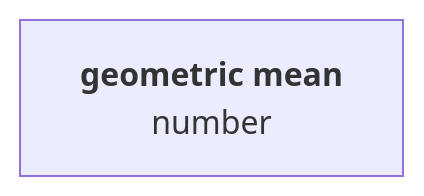
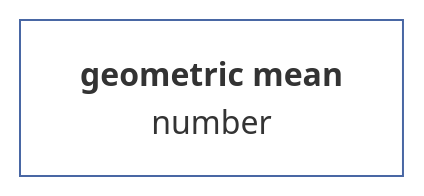
The seventh of 23 diagrams in docs/en-GB/vector.md (muzikp/retusa), drawn with Mermaid before and after one commit. The commit also changed other lines of this file and 17 other files, not shown here.

````diff
--- a/docs/en-GB/vector.md
+++ b/docs/en-GB/vector.md
@@ -190,4 +208,7 @@
 ```mermaid
 graph TD
-A[<b>geometric mean<br></b>number]
+geomean[<b>geometric mean<br></b>number]
+style geomean fill:#FFFFFF;
+style geomean stroke:#4967A4;
+
 ```
````
